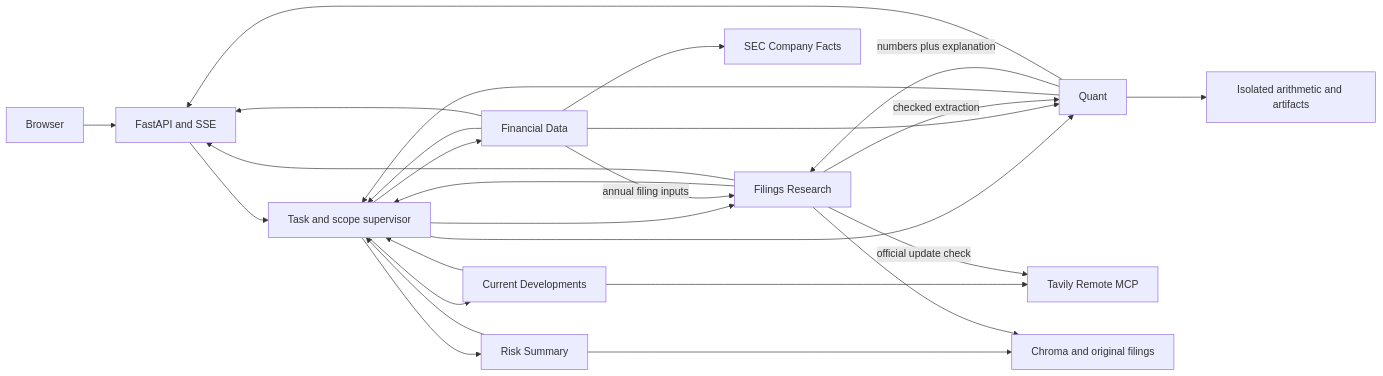
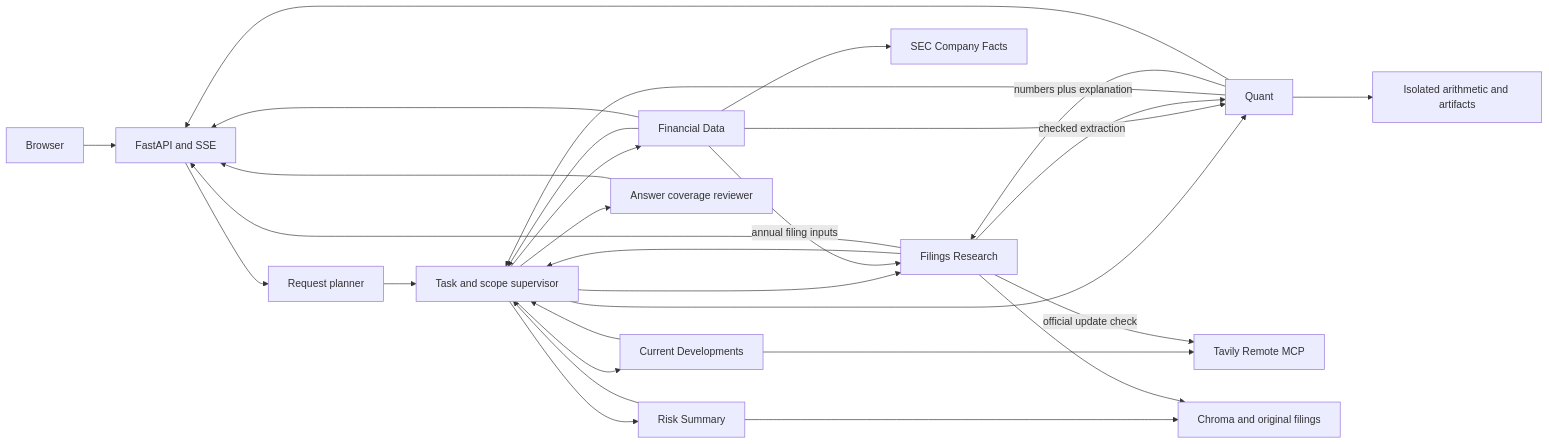
The diagram in docs/architecture.md (waderylan/quant-agent-orchestration), drawn with Mermaid before and after one commit. The commit also changed other lines of this file and 32 other files, not shown here.

````diff
--- a/docs/architecture.md
+++ b/docs/architecture.md
@@ -5,28 +5,31 @@
 ```mermaid
 flowchart LR
   UI[Browser] --> API[FastAPI and SSE]
-  API --> S[Task and scope supervisor]
+  API --> P[Request planner]
+  P --> S[Task and scope supervisor]
   S --> R[Filings Research]
   S --> D[Financial Data]
   S --> RS[Risk Summary]
   S --> L[Current Developments]
   S --> Q[Quant]
   R --> S
   D --> S
   Q --> S
   RS --> S
   L --> S
+  S --> Review[Answer coverage reviewer]
+  Review --> API
   L --> MCP[Tavily Remote MCP]
   R -->|official update check| MCP
   RS --> V
   D --> Q[Quant]
   D -->|annual filing inputs| R
   R -->|checked extraction| Q
   Q -->|numbers plus explanation| R
   R --> V[Chroma and original filings]
   D --> F[SEC Company Facts]
   Q --> A[Isolated arithmetic and artifacts]
   R --> API
   D --> API
   Q --> API
 ```
````
